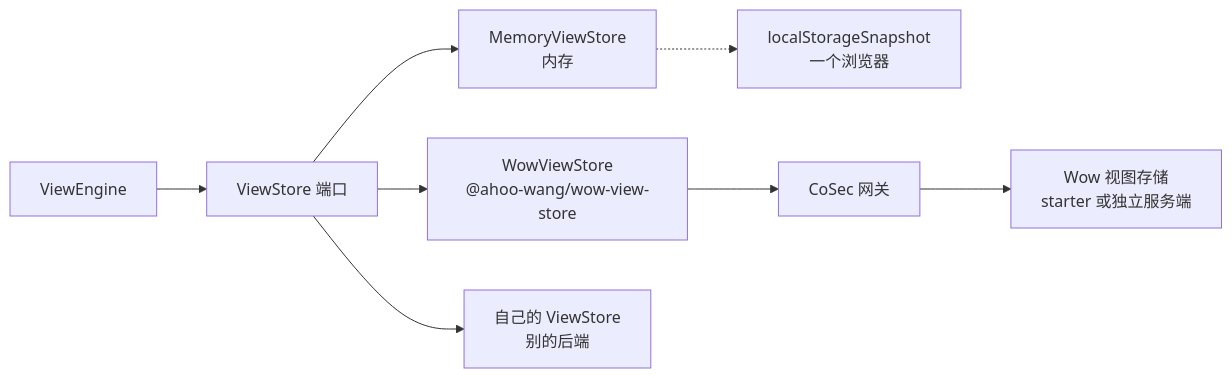
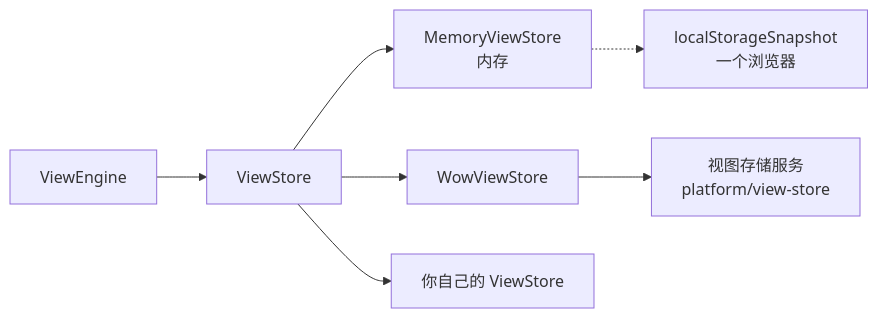
Before and after one commit to Ahoo-Wang/Wow: the diagram in documentation/docs/zh/typescript/view-engine/storage.md, drawn with Mermaid. The commit also changed other lines of this file and 9 other files, not shown here.

Commit message:
docs(v10): the Chinese view engine pages and the workbench page (W0 group 5, zh)

````diff
--- a/documentation/docs/zh/typescript/view-engine/storage.md
+++ b/documentation/docs/zh/typescript/view-engine/storage.md
@@ -12,10 +10,9 @@
 ```mermaid
 flowchart LR
-    Engine["ViewEngine"] --> Port["ViewStore 端口"]
+    Engine["ViewEngine"] --> Port["ViewStore"]
     Port --> Memory["MemoryViewStore<br>内存"]
     Memory -.-> Local["localStorageSnapshot<br>一个浏览器"]
-    Port --> Wow["WowViewStore<br>@ahoo-wang/wow-view-store"]
-    Wow --> Gateway["CoSec 网关"]
-    Gateway --> Server["Wow 视图存储<br>starter 或独立服务端"]
-    Port --> Custom["自己的 ViewStore<br>别的后端"]
+    Port --> Wow["WowViewStore"]
+    Wow --> Service["视图存储服务<br>platform/view-store"]
+    Port --> Custom["你自己的 ViewStore"]
 ```
````
